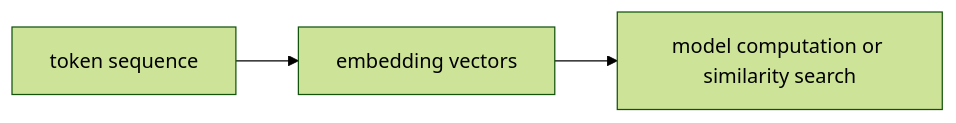
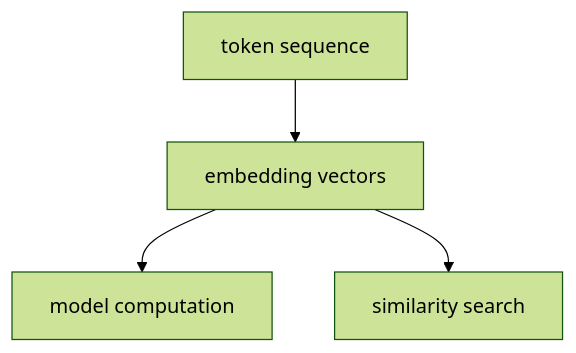
Before and after one commit to devchan64/AiBook: the diagram in docs/parts/part-05/chapter-02/section-01.md, drawn with Mermaid (forest theme). The commit also changed other lines of this file and 29 other files, not shown here.

````diff
--- a/docs/parts/part-05/chapter-02/section-01.md
+++ b/docs/parts/part-05/chapter-02/section-01.md
@@ -113,8 +113,11 @@
 ```mermaid
-flowchart LR
+flowchart TD
   A["token sequence"]
   B["embedding vectors"]
-  C["model computation or similarity search"]
+  C["model computation"]
+  D["similarity search"]
 
-  A --> B --> C
+  A --> B
+  B --> C
+  B --> D
 ```
````
